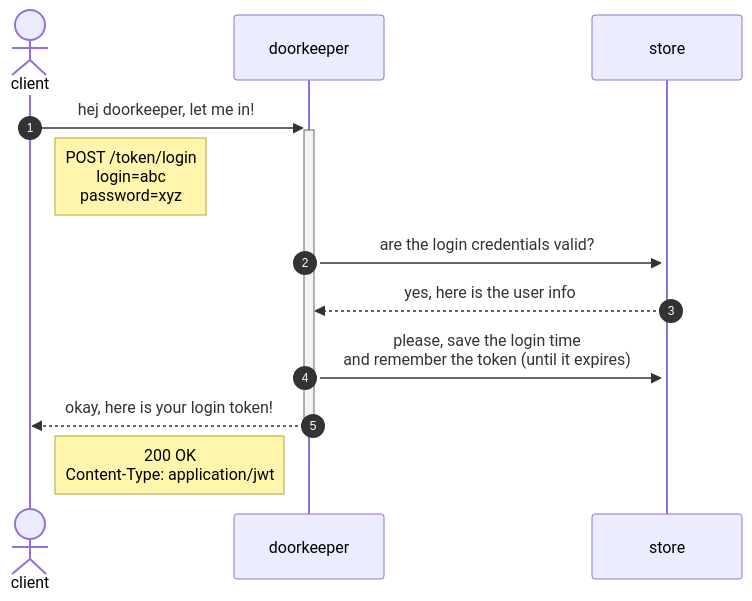
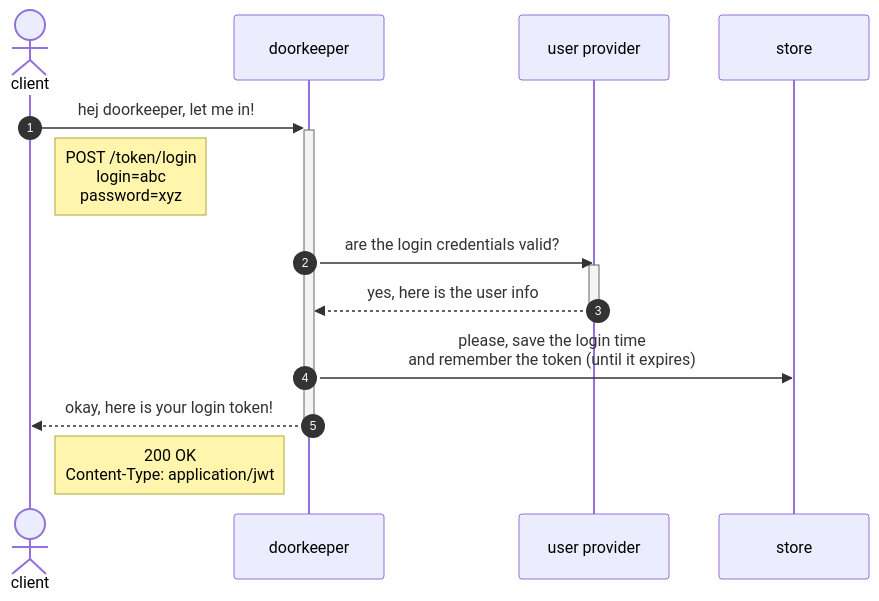
Before and after one commit to spearwolf/doorkeeper: the diagram in docs/login-via-password.mmd, drawn with Mermaid. The commit also changed 4 other files, not shown here.

First line of the commit message:
improve diagrams

```diff
--- a/docs/login-via-password.mmd
+++ b/docs/login-via-password.mmd
@@ -1,15 +1,21 @@
 sequenceDiagram
 
 autonumber
 
 actor client
+participant doorkeeper
+participant up as user provider
+participant store
 
 client->>+doorkeeper: hej doorkeeper, let me in!
 Note right of client: POST /token/login<br>login=abc<br>password=xyz
 
-doorkeeper->>+store: are the login credentials valid?
-store-->>doorkeeper: yes, here is the user info
+doorkeeper->>up: are the login credentials valid?
+activate up
+up-->>doorkeeper: yes, here is the user info
+deactivate up
+
 doorkeeper->>store: please, save the login time<br>and remember the token (until it expires)
 
 doorkeeper-->>-client: okay, here is your login token!
 Note left of doorkeeper: 200 OK<br>Content-Type: application/jwt
```
